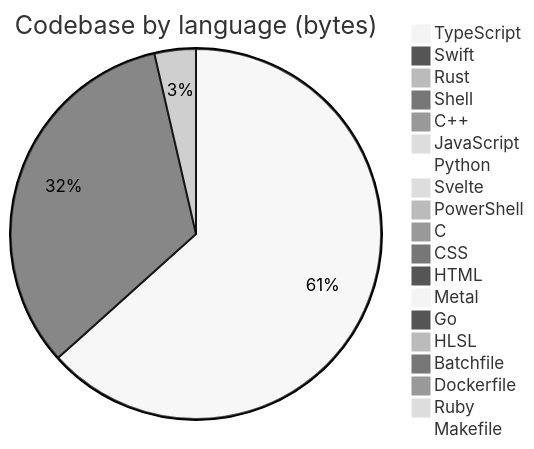
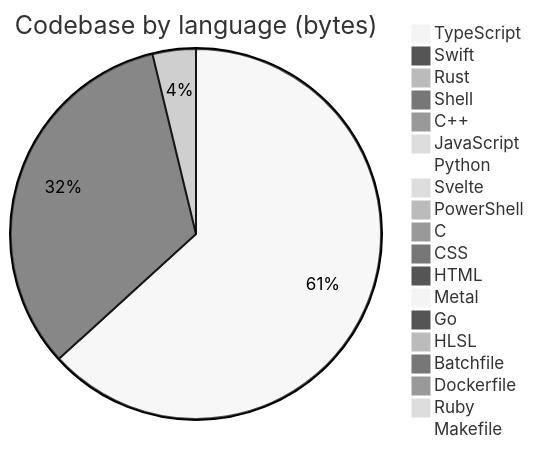
Before and after one commit to Open330/.github: the diagram in profile/README.md, drawn with Mermaid (neutral theme). The commit also changed other lines of this file, not shown here.

````diff
--- a/profile/README.md
+++ b/profile/README.md
@@ -131,22 +131,22 @@
 ```mermaid
 pie title Codebase by language (bytes)
     "TypeScript" : 34372299
     "Swift" : 17922868
-    "Rust" : 1959505
+    "Rust" : 2053541
     "Shell" : 479227
     "C++" : 388775
     "JavaScript" : 317974
     "Python" : 300772
     "Svelte" : 143451
     "PowerShell" : 128198
     "C" : 114143
     "CSS" : 107047
     "HTML" : 44303
     "Metal" : 33033
     "Go" : 22811
     "HLSL" : 7527
     "Batchfile" : 5870
     "Dockerfile" : 4893
     "Ruby" : 1554
     "Makefile" : 1150
 ```
````
